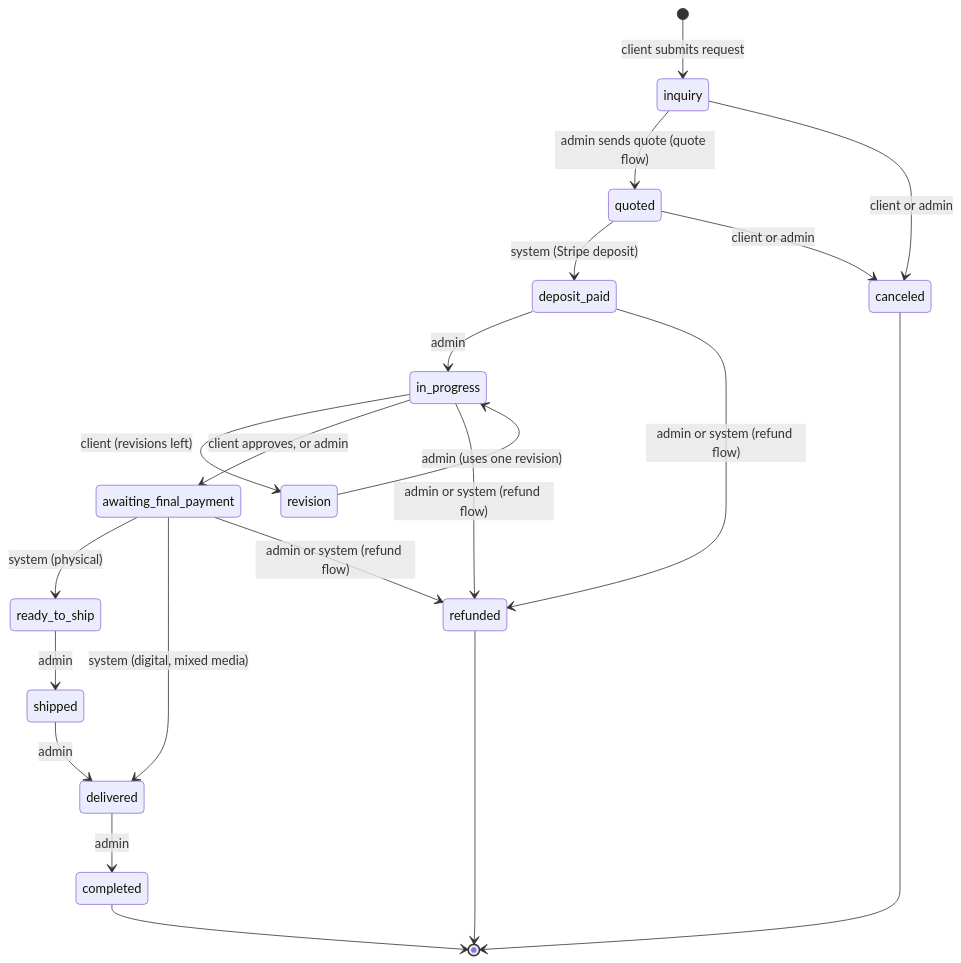
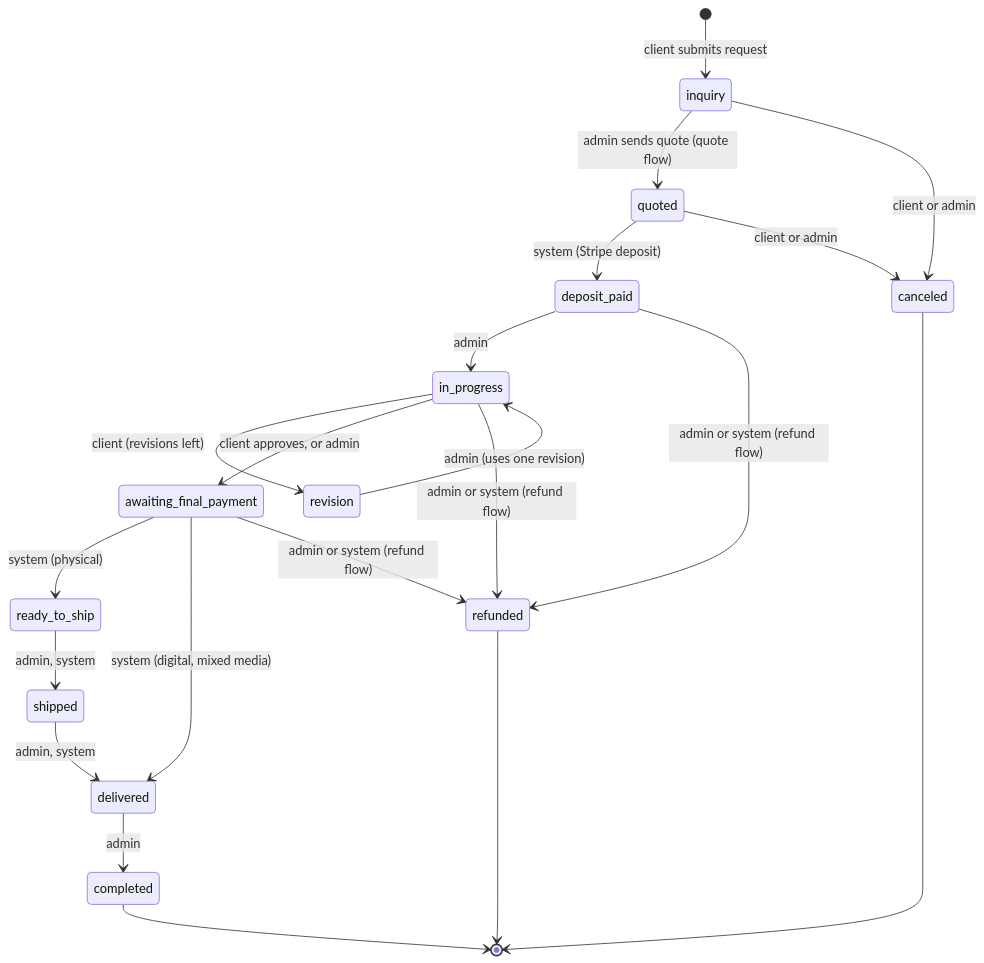
One commit to NoboniSultan/marigold-and-ink changed the diagram in docs/state-machine.md. Above: the diagram before and after it, drawn with Mermaid. The commit also changed other lines of this file and 50 other files, not shown here.

````diff
--- a/docs/state-machine.md
+++ b/docs/state-machine.md
@@ -7,31 +7,31 @@
 ```mermaid
 stateDiagram-v2
     [*] --> inquiry: client submits request
 
     inquiry --> quoted: admin sends quote (quote flow)
     inquiry --> canceled: client or admin
 
     quoted --> deposit_paid: system (Stripe deposit)
     quoted --> canceled: client or admin
 
     deposit_paid --> in_progress: admin
     deposit_paid --> refunded: admin or system (refund flow)
 
     in_progress --> revision: client (revisions left)
     in_progress --> awaiting_final_payment: client approves, or admin
     in_progress --> refunded: admin or system (refund flow)
 
     revision --> in_progress: admin (uses one revision)
 
     awaiting_final_payment --> ready_to_ship: system (physical)
     awaiting_final_payment --> delivered: system (digital, mixed media)
     awaiting_final_payment --> refunded: admin or system (refund flow)
 
-    ready_to_ship --> shipped: admin
-    shipped --> delivered: admin
+    ready_to_ship --> shipped: admin, system
+    shipped --> delivered: admin, system
     delivered --> completed: admin
 
     completed --> [*]
     canceled --> [*]
     refunded --> [*]
 ```
````
